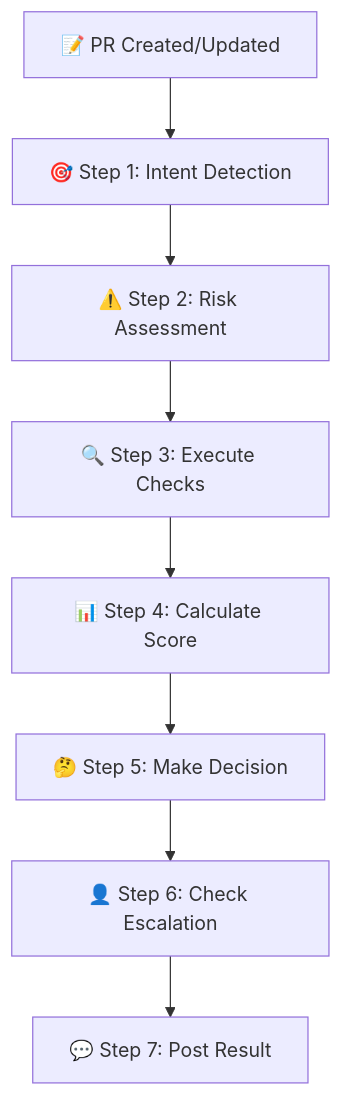
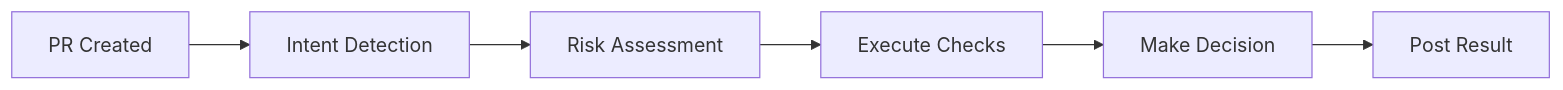
The second of 3 diagrams in README.md (cstpalash/aurix), drawn with Mermaid before and after one commit. The commit also changed other lines of this file and 9 other files, not shown here.

````diff
--- a/README.md
+++ b/README.md
@@ -106,10 +57,8 @@
 ```mermaid
-flowchart TD
-    A[📝 PR Created/Updated] --> B[🎯 Step 1: Intent Detection]
-    B --> C[⚠️ Step 2: Risk Assessment]
-    C --> D[🔍 Step 3: Execute Checks]
-    D --> E[📊 Step 4: Calculate Score]
-    E --> F[🤔 Step 5: Make Decision]
-    F --> G[👤 Step 6: Check Escalation]
-    G --> H[💬 Step 7: Post Result]
+flowchart LR
+    A[PR Created] --> B[Intent Detection]
+    B --> C[Risk Assessment]
+    C --> D[Execute Checks]
+    D --> E[Make Decision]
+    E --> F[Post Result]
 ```
````
